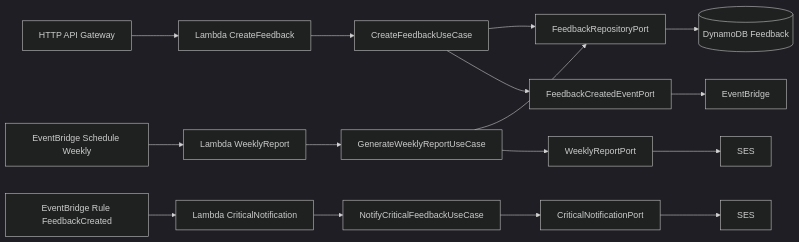
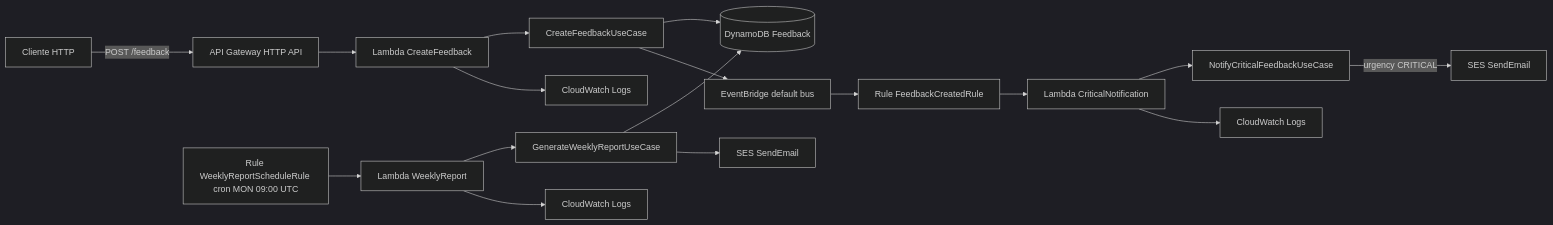
One commit to israelbarberino/fiap-techchallenge-4 changed the diagram in README.md. Above: the diagram before and after it, drawn with Mermaid (dark theme). The commit also changed other lines of this file and 3 other files, not shown here.

````diff
--- a/README.md
+++ b/README.md
@@ -19,21 +19,22 @@
 ```mermaid
 flowchart LR
-		API[HTTP API Gateway] --> CF[Lambda CreateFeedback]
-		EBR[EventBridge Rule FeedbackCreated] --> CN[Lambda CriticalNotification]
-		SCH[EventBridge Schedule Weekly] --> WR[Lambda WeeklyReport]
+  Client[Cliente HTTP] -->|POST /feedback| API[API Gateway HTTP API]
+  API --> CF[Lambda CreateFeedback]
+  CF --> UC1[CreateFeedbackUseCase]
+  UC1 --> DDB[(DynamoDB Feedback)]
+  UC1 --> EB[EventBridge default bus]
 
-		CF --> U1[CreateFeedbackUseCase]
-		CN --> U2[NotifyCriticalFeedbackUseCase]
-		WR --> U3[GenerateWeeklyReportUseCase]
+  EBR[Rule FeedbackCreatedRule] --> CN[Lambda CriticalNotification]
+  EB --> EBR
+  CN --> UC2[NotifyCriticalFeedbackUseCase]
+  UC2 -->|urgency CRITICAL| SES1[SES SendEmail]
 
-		U1 --> RP[FeedbackRepositoryPort]
-		U1 --> EP[FeedbackCreatedEventPort]
-		U2 --> NP[CriticalNotificationPort]
-		U3 --> RP
-		U3 --> WP[WeeklyReportPort]
+  SCH[Rule WeeklyReportScheduleRule cron MON 09:00 UTC] --> WR[Lambda WeeklyReport]
+  WR --> UC3[GenerateWeeklyReportUseCase]
+  UC3 --> DDB
+  UC3 --> SES2[SES SendEmail]
 
-		RP --> DDB[(DynamoDB Feedback)]
-		EP --> EB[EventBridge]
-		NP --> SES1[SES]
-		WP --> SES2[SES]
+  CF --> CW1[CloudWatch Logs]
+  CN --> CW2[CloudWatch Logs]
+  WR --> CW3[CloudWatch Logs]
 ```
````
